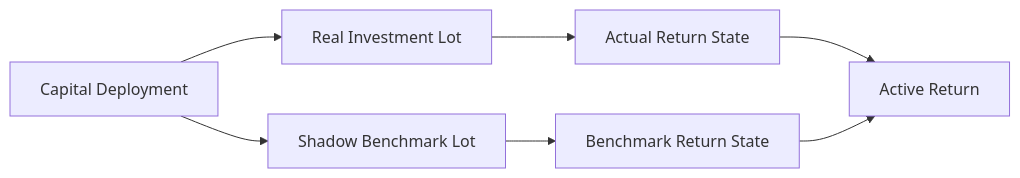
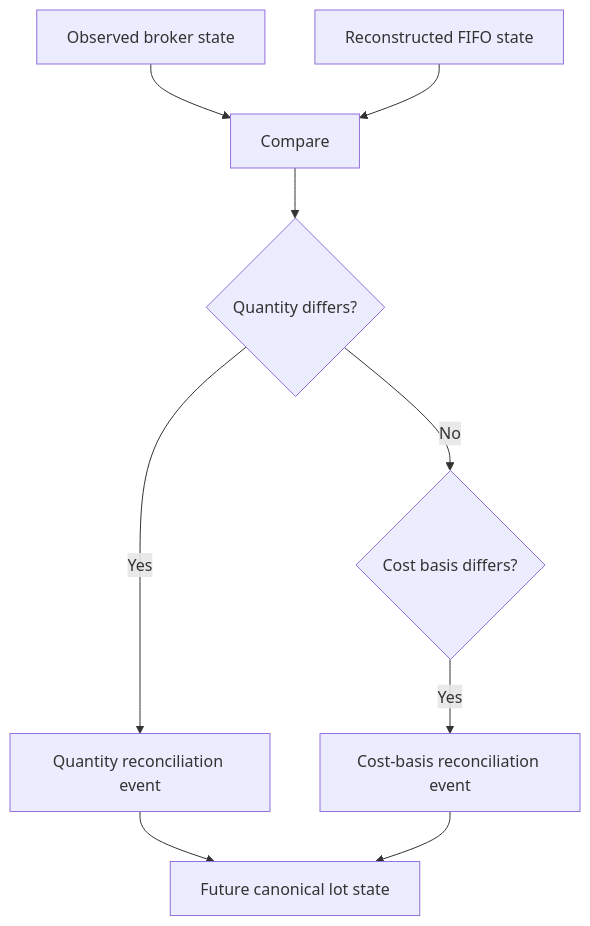
Before and after one commit to tks18/personal-finance-etl: the eighth of 20 diagrams in README.md, drawn with Mermaid. The commit also changed other lines of this file, not shown here.

````diff
--- a/README.md
+++ b/README.md
@@ -647,9 +304,11 @@
 ```mermaid
-flowchart LR
-    CASH["Capital Deployment"] --> REAL["Real Investment Lot"]
-    CASH --> SHADOW["Shadow Benchmark Lot"]
-    REAL --> RR["Actual Return State"]
-    SHADOW --> BR["Benchmark Return State"]
-    RR --> ACTIVE["Active Return"]
-    BR --> ACTIVE
+flowchart TB
+    OBS["Observed broker state"] --> CMP["Compare"]
+    REC["Reconstructed FIFO state"] --> CMP
+    CMP --> Q{"Quantity differs?"}
+    Q -->|Yes| QE["Quantity reconciliation event"]
+    Q -->|No| C{"Cost basis differs?"}
+    C -->|Yes| CE["Cost-basis reconciliation event"]
+    QE --> FUT["Future canonical lot state"]
+    CE --> FUT
 ```
````
